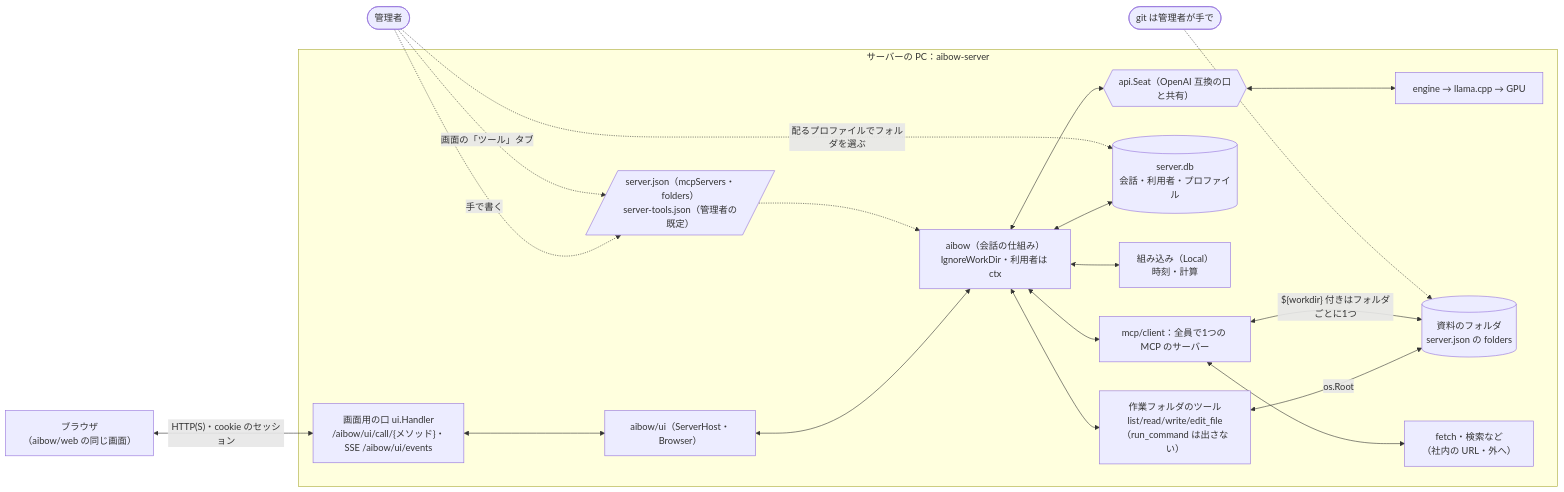
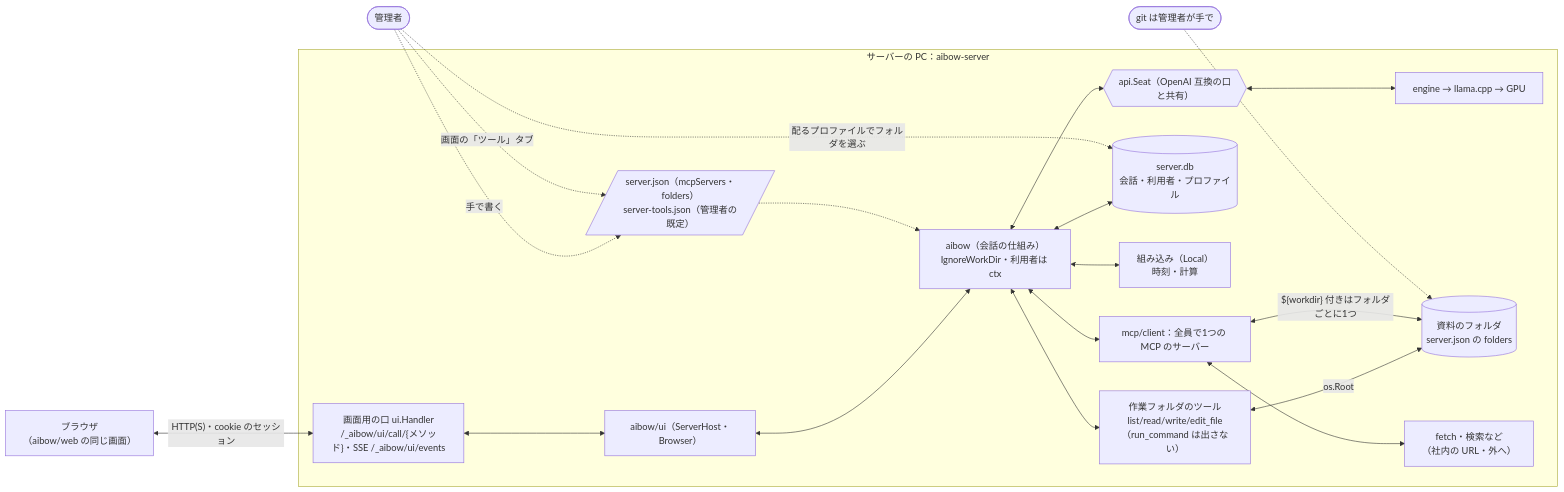
The third of 7 diagrams in _docs/diagrams.md (secondarykey/aibow), drawn with Mermaid before and after one commit. The commit also changed other lines of this file and 48 other files, not shown here.

````diff
--- a/_docs/diagrams.md
+++ b/_docs/diagrams.md
@@ -94,25 +94,25 @@
 ```mermaid
 flowchart LR
   BR["ブラウザ<br/>（aibow/web の同じ画面）"]
 
   subgraph SRV["サーバーの PC：aibow-server"]
-    H["画面用の口 ui.Handler<br/>/aibow/ui/call/{メソッド}・SSE /aibow/ui/events"]
+    H["画面用の口 ui.Handler<br/>/_aibow/ui/call/{メソッド}・SSE /_aibow/ui/events"]
     H <--> SVC["aibow/ui（ServerHost・Browser）"]
     SVC <--> CONV["aibow（会話の仕組み）<br/>IgnoreWorkDir・利用者は ctx"]
     CONV <--> SEAT{{"api.Seat（OpenAI 互換の口と共有）"}} <--> ENG["engine → llama.cpp → GPU"]
     CONV <--> SDB[("server.db<br/>会話・利用者・プロファイル")]
     CONV <--> LOC["組み込み（Local）<br/>時刻・計算"]
     CONV <--> FT["作業フォルダのツール<br/>list/read/write/edit_file<br/>（run_command は出さない）"]
     CONV <--> MCPC["mcp/client：全員で1つの MCP のサーバー"]
     FT <-->|"os.Root"| FOL[("資料のフォルダ<br/>server.json の folders")]
     MCPC <-->|"${workdir} 付きはフォルダごとに1つ"| FOL
     MCPC <--> NET["fetch・検索など<br/>（社内の URL・外へ）"]
     CFG[/"server.json（mcpServers・folders）<br/>server-tools.json（管理者の既定）"/] -.-> CONV
   end
 
   BR <-->|"HTTP(S)・cookie のセッション"| H
   ADMIN(["管理者"]) -. 手で書く .-> CFG
   ADMIN -. 画面の「ツール」タブ .-> CFG
   ADMIN -. 配るプロファイルでフォルダを選ぶ .-> SDB
   GIT(["git は管理者が手で"]) -.-> FOL
 ```
````
